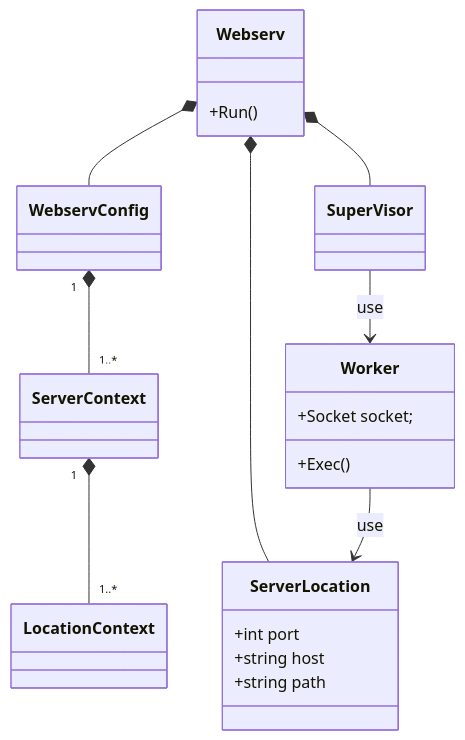
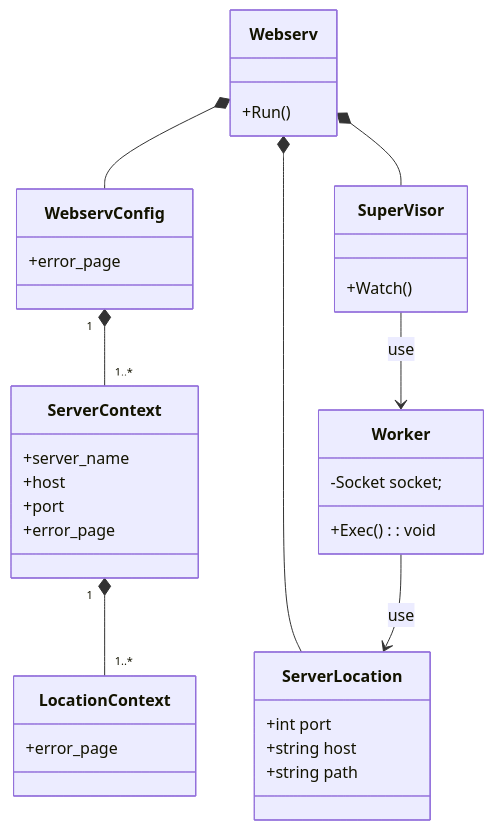
The diagram in docs/class/config_class.md (katataku/webserv), drawn with Mermaid before and after one commit. The commit also changed other lines of this file, not shown here.

````diff
--- a/docs/class/config_class.md
+++ b/docs/class/config_class.md
@@ -1,30 +1,49 @@
 ```mermaid
 classDiagram
     Webserv *-- WebservConfig
     WebservConfig "1" *-- "1..*" ServerContext
     ServerContext "1" *-- "1..*" LocationContext
 
     Webserv *-- SuperVisor
     Webserv *-- ServerLocation
     SuperVisor --> Worker : use
     Worker --> ServerLocation : use
 
+    class WebservConfig {
+        +error_page
+    }
+
+    class ServerContext {
+        +server_name
+        +host
+        +port
+        +error_page
+    }
+
+    class LocationContext {
+        +error_page
+    }
+
     class Webserv {
         +Run()
     }
 
+    %% IO多重化とソケットクラスを生成してWorkerに処理を依頼するまでを担当する%%
     class SuperVisor {
-
+        +Watch()
     }
 
+    %% Socketを元に具体的な処理を担当する。 %%
+    %% Requestを受け付けてResponseの返却をする %%
     class Worker {
-        +Socket socket;
-        +Exec()
+        -Socket socket;
+        +Exec() : void
     }
 
+    %% configを元に各locationごとの設定 %%
     class ServerLocation {
         +int port
         +string host
         +string path
     }
 ```
````
